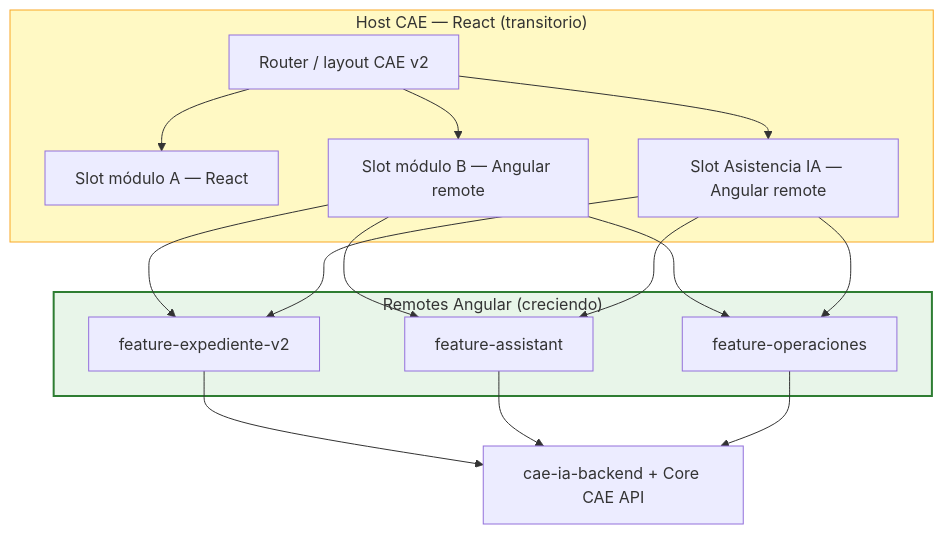
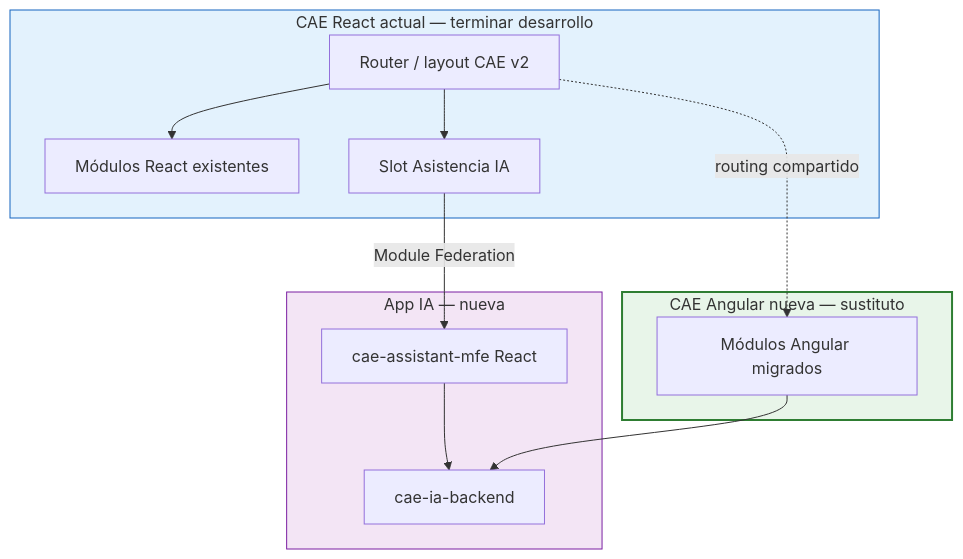
One commit to angelnietos/erp changed the third of 5 diagrams in caedocs/ESTRATEGIA-MIGRACION-FRONTEND-CAE.md. Above: the diagram before and after it, drawn with Mermaid. The commit also changed other lines of this file and 7 other files, not shown here.

````diff
--- a/caedocs/ESTRATEGIA-MIGRACION-FRONTEND-CAE.md
+++ b/caedocs/ESTRATEGIA-MIGRACION-FRONTEND-CAE.md
@@ -253,22 +283,27 @@
 ```mermaid
 flowchart TB
-    subgraph HOST["Host CAE — React (transitorio)"]
+    subgraph REACT["CAE React actual — terminar desarrollo"]
         ROUTER["Router / layout CAE v2"]
-        SLOT_A["Slot módulo A — React"]
-        SLOT_B["Slot módulo B — Angular remote"]
-        SLOT_IA["Slot Asistencia IA — Angular remote"]
-        ROUTER --> SLOT_A & SLOT_B & SLOT_IA
+        MOD_R["Módulos React existentes"]
+        SLOT_IA["Slot Asistencia IA"]
+        ROUTER --> MOD_R & SLOT_IA
     end
 
-    subgraph REMOTES["Remotes Angular (creciendo)"]
-        M1["feature-expediente-v2"]
-        M2["feature-assistant"]
-        M3["feature-operaciones"]
+    subgraph IA["App IA — nueva"]
+        MFE_IA["cae-assistant-mfe React"]
+        BE_IA["cae-ia-backend"]
+        MFE_IA --> BE_IA
     end
 
-    SLOT_B & SLOT_IA --> M1 & M2 & M3
-    M1 & M2 & M3 --> API["cae-ia-backend + Core CAE API"]
+    subgraph ANG["CAE Angular nueva — sustituto"]
+        MOD_A["Módulos Angular migrados"]
+    end
 
-    style HOST fill:#fff9c4,stroke:#f9a825
-    style REMOTES fill:#e8f5e9,stroke:#2e7d32,stroke-width:2px
+    SLOT_IA -->|Module Federation| MFE_IA
+    ROUTER -.->|routing compartido| MOD_A
+    MOD_A --> BE_IA
+
+    style REACT fill:#e3f2fd,stroke:#1565c0
+    style IA fill:#f3e5f5,stroke:#7b1fa2
+    style ANG fill:#e8f5e9,stroke:#2e7d32,stroke-width:2px
 ```
````
